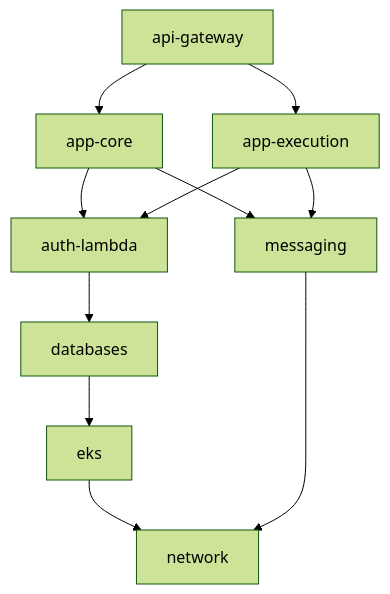
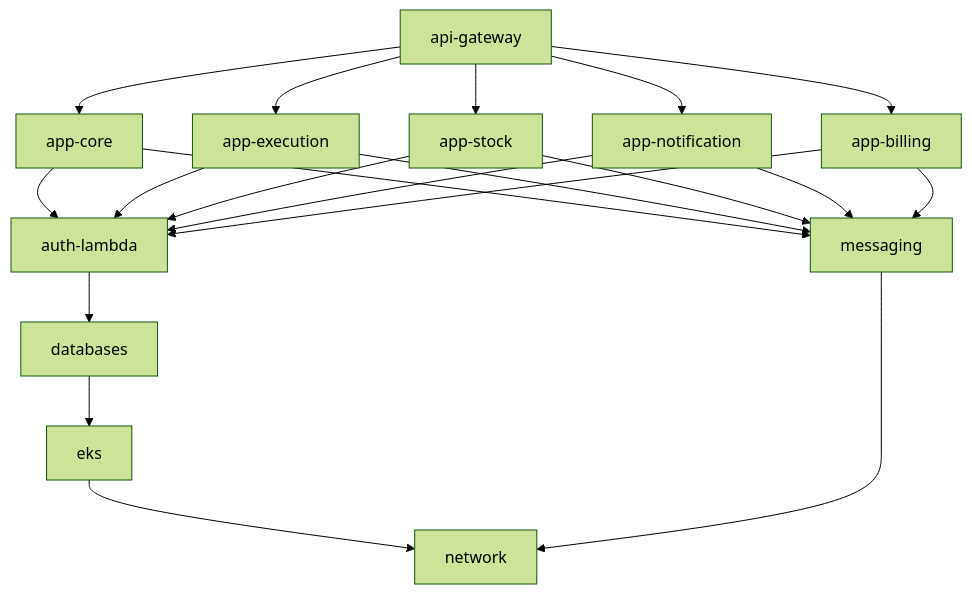
One commit to 15SOAT-FIAP/ofisy-platform changed the second of 2 diagrams in README.md. Above: the diagram before and after it, drawn with Mermaid (forest theme). The commit also changed other lines of this file, not shown here.

````diff
--- a/README.md
+++ b/README.md
@@ -40,7 +47,7 @@
 ```mermaid
 flowchart TD
-    G["api-gateway"] --> C["app-core"] & X["app-execution"]
-    C & X --> M["messaging"] & L["auth-lambda"]
+    G["api-gateway"] --> C["app-core"] & X["app-execution"] & S["app-stock"] & O["app-notification"] & B["app-billing"]
+    C & X & S & O & B --> M["messaging"] & L["auth-lambda"]
     L --> D["databases"] --> E["eks"]
     E & M --> N["network"]
 ```
````
